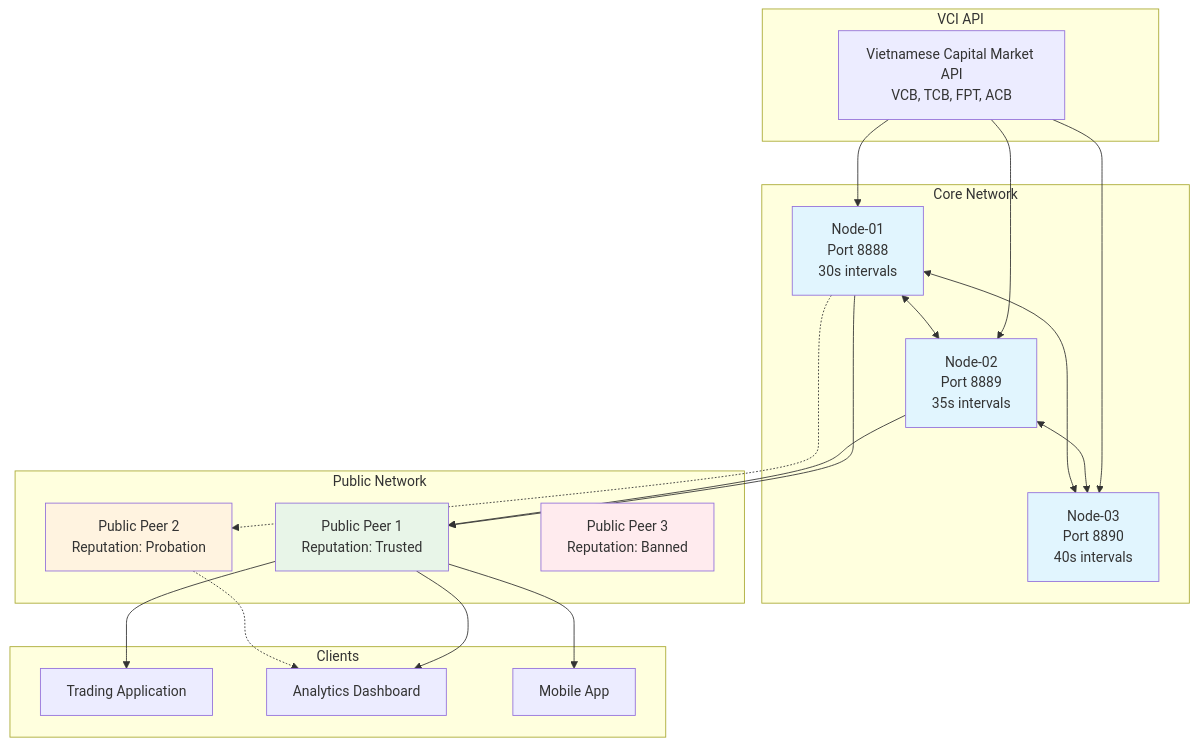
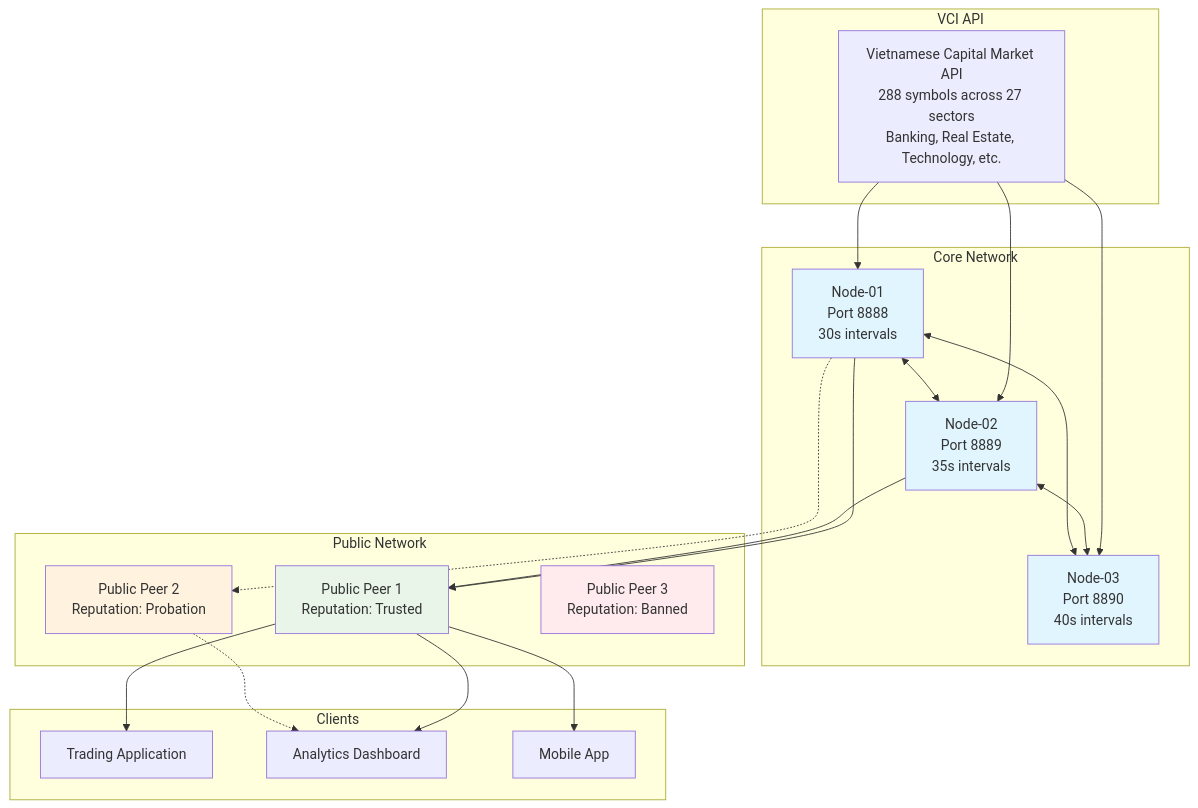
Before and after one commit to quanhua92/aipriceaction-proxy: the first of 17 diagrams in docs/README.md, drawn with Mermaid. The commit also changed other lines of this file and 1 other file, not shown here.

First line of the commit message:
Remove debug print statements from VCI batch processing

````diff
--- a/docs/README.md
+++ b/docs/README.md
@@ -12,50 +12,50 @@
 ```mermaid
 graph TB
     subgraph "VCI API"
-        VCI[Vietnamese Capital Market API<br/>VCB, TCB, FPT, ACB]
+        VCI[Vietnamese Capital Market API<br/>288 symbols across 27 sectors<br/>Banking, Real Estate, Technology, etc.]
     end
     
     subgraph "Core Network"
         N1["Node-01<br/>Port 8888<br/>30s intervals"]
         N2["Node-02<br/>Port 8889<br/>35s intervals"] 
         N3["Node-03<br/>Port 8890<br/>40s intervals"]
     end
     
     subgraph "Public Network"
         P1["Public Peer 1<br/>Reputation: Trusted"]
         P2["Public Peer 2<br/>Reputation: Probation"]
         P3["Public Peer 3<br/>Reputation: Banned"]
     end
     
     subgraph "Clients"
         C1["Trading Application"]
         C2["Analytics Dashboard"]
         C3["Mobile App"]
     end
     
     VCI --> N1
     VCI --> N2  
     VCI --> N3
     
     N1 <--> N2
     N2 <--> N3
     N1 <--> N3
     
     N1 --> P1
     N2 --> P1
     P1 --> C1
     P1 --> C2
     P1 --> C3
     
     N1 -.-> P2
     P2 -.-> C2
     
     %% P3 (Banned peer) has no connections - requests are rejected
     
     style N1 fill:#e1f5fe
     style N2 fill:#e1f5fe
     style N3 fill:#e1f5fe
     style P1 fill:#e8f5e8
     style P2 fill:#fff3e0
     style P3 fill:#ffebee
 ```
````
